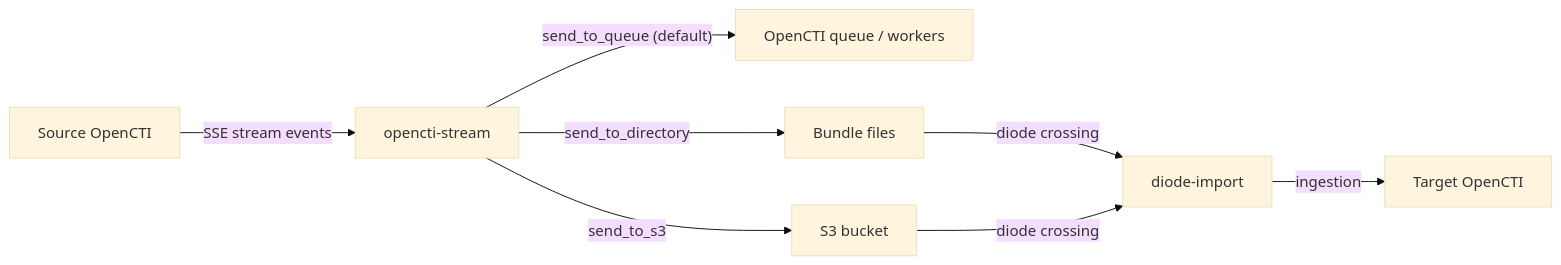
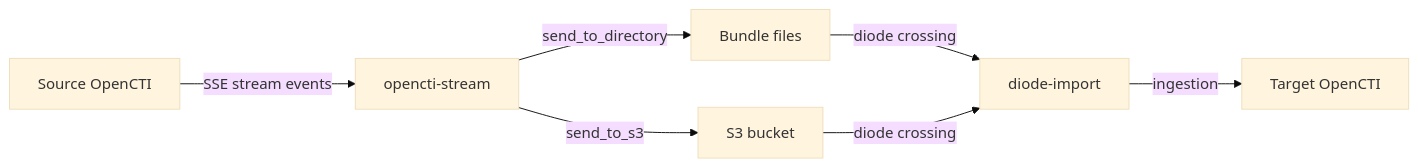
The second of 2 diagrams in external-import/opencti-stream/README.md (OpenCTI-Platform/connectors), drawn with Mermaid (base theme) before and after one commit. The commit also changed other lines of this file and 6 other files, not shown here.

````diff
--- a/external-import/opencti-stream/README.md
+++ b/external-import/opencti-stream/README.md
@@ -219,10 +253,9 @@
 ```mermaid
 graph LR
     SourceOcti[Source OpenCTI] -->|SSE stream events| OctiStream[opencti-stream]
-    OctiStream -->|"send_to_queue (default)"| Queue[OpenCTI queue / workers]
     OctiStream -->|send_to_directory| Files[Bundle files]
     OctiStream -->|send_to_s3| S3[S3 bucket]
     Files -->|"diode crossing"| DiodeImport[diode-import]
     S3 -->|"diode crossing"| DiodeImport
     DiodeImport -->|ingestion| TargetOcti[Target OpenCTI]
 ```
````
